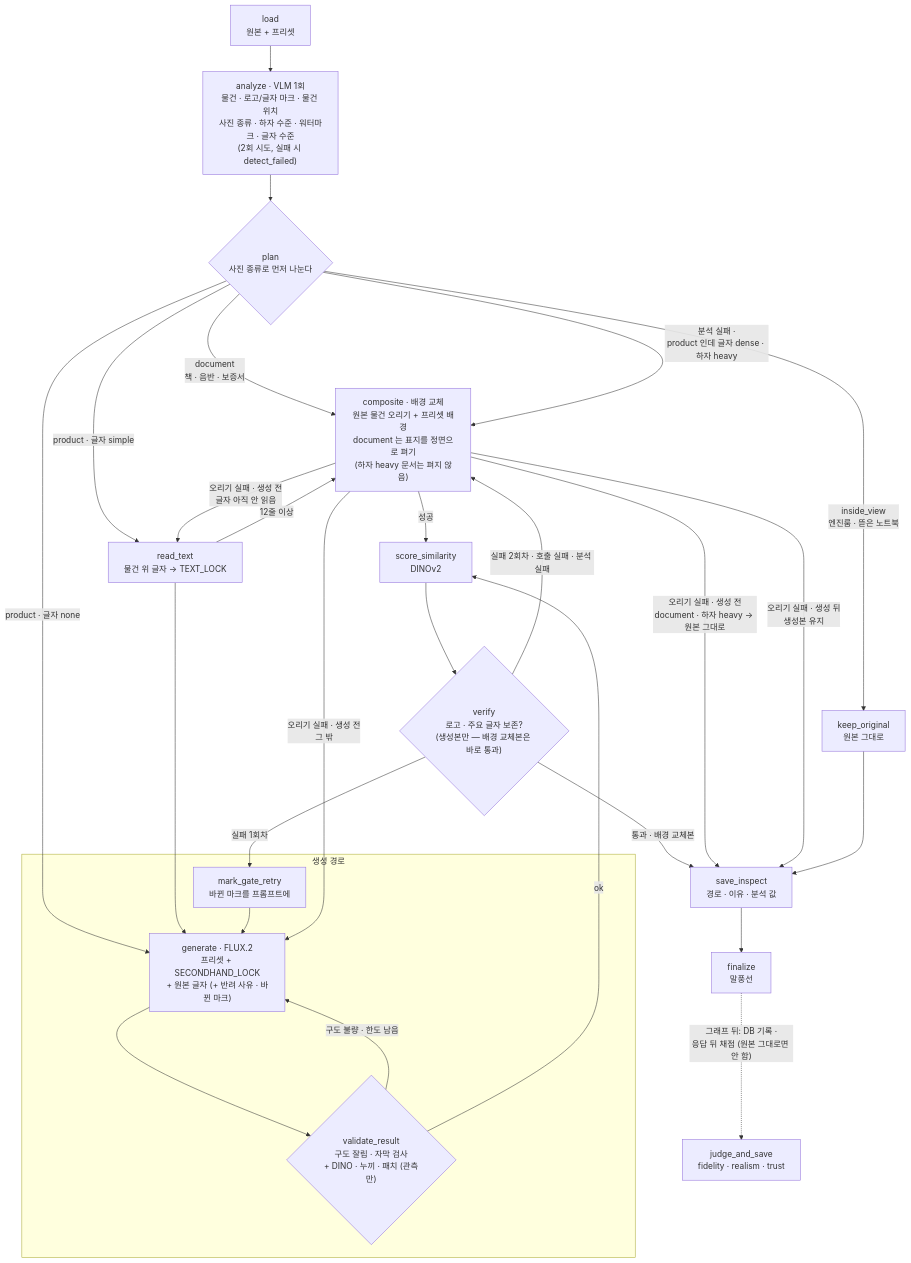
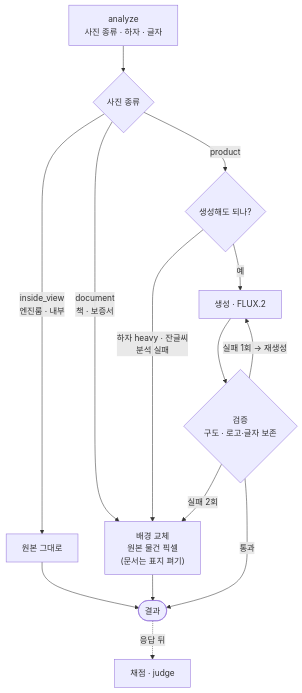
The diagram in Readme.ko.md (cha0620/Carret-App), drawn with Mermaid before and after one commit. The commit also changed 1 other file, not shown here.

Commit message:
docs(readme): 파이프라인 mermaid 를 큰 흐름만 — 사진 종류 셋 → 생성·검증 / 배경 교체 / 원본 그대로
세부 분기(글자 읽기, 오리기 실패, 재생성 한도)는 단계 설명으로 넘김. 노드 약 20 → 10

````diff
--- a/Readme.ko.md
+++ b/Readme.ko.md
@@ -32,34 +32,16 @@
 ```mermaid
 flowchart TD
-  L["load<br/>원본 + 프리셋"] --> A["analyze · VLM 1회<br/>물건 · 로고/글자 마크 · 물건 위치<br/>사진 종류 · 하자 수준 · 워터마크 · 글자 수준<br/>(2회 시도, 실패 시 detect_failed)"]
-  A --> P{"plan<br/>사진 종류로 먼저 나눈다"}
-
-  P -->|"inside_view<br/>엔진룸 · 뜯은 노트북"| O["keep_original<br/>원본 그대로"]
-  P -->|"document<br/>책 · 음반 · 보증서"| X
-  P -->|"분석 실패 ·<br/>product 인데 글자 dense · 하자 heavy"| X
-  P -->|"product · 글자 simple"| T["read_text<br/>물건 위 글자 → TEXT_LOCK"]
-  P -->|"product · 글자 none"| G
-  T -->|"12줄 이상"| X
-  T --> G
-
-  subgraph GEN["생성 경로"]
-    G["generate · FLUX.2<br/>프리셋 + SECONDHAND_LOCK<br/>+ 원본 글자 (+ 반려 사유 · 바뀐 마크)"] --> V{"validate_result<br/>구도 잘림 · 자막 검사<br/>+ DINO · 누끼 · 패치 (관측만)"}
-    V -->|"구도 불량 · 한도 남음"| G
-    R["mark_gate_retry<br/>바뀐 마크를 프롬프트에"] --> G
-  end
-
-  V -->|ok| S["score_similarity<br/>DINOv2"]
-  S --> VR{"verify<br/>로고 · 주요 글자 보존?<br/>(생성본만 — 배경 교체본은 바로 통과)"}
-  VR -->|"실패 1회차"| R
-  VR -->|"실패 2회차 · 호출 실패 · 분석 실패"| X["composite · 배경 교체<br/>원본 물건 오리기 + 프리셋 배경<br/>document 는 표지를 정면으로 펴기<br/>(하자 heavy 문서는 펴지 않음)"]
-  VR -->|"통과 · 배경 교체본"| I
-  X -->|성공| S
-  X -->|"오리기 실패 · 생성 전<br/>document · 하자 heavy → 원본 그대로"| I
-  X -->|"오리기 실패 · 생성 전<br/>글자 아직 안 읽음"| T
-  X -->|"오리기 실패 · 생성 전<br/>그 밖"| G
-  X -->|"오리기 실패 · 생성 뒤<br/>생성본 유지"| I
-  O --> I
-
-  I["save_inspect<br/>경로 · 이유 · 분석 값"] --> F["finalize<br/>말풍선"]
-  F -.->|"그래프 뒤: DB 기록 ·<br/>응답 뒤 채점 (원본 그대로면 안 함)"| J["judge_and_save<br/>fidelity · realism · trust"]
+  A["analyze<br/>사진 종류 · 하자 · 글자"] --> P{"사진 종류"}
+  P -->|"inside_view<br/>엔진룸 · 내부"| O["원본 그대로"]
+  P -->|"document<br/>책 · 보증서"| X["배경 교체<br/>원본 물건 픽셀<br/>(문서는 표지 펴기)"]
+  P -->|product| C{"생성해도 되나?"}
+  C -->|"하자 heavy · 잔글씨<br/>분석 실패"| X
+  C -->|예| G["생성 · FLUX.2"]
+  G --> V{"검증<br/>구도 · 로고·글자 보존"}
+  V -->|"실패 1회 → 재생성"| G
+  V -->|"실패 2회"| X
+  V -->|통과| R(["결과"])
+  X --> R
+  O --> R
+  R -.->|응답 뒤| J["채점 · judge"]
 ```
````
